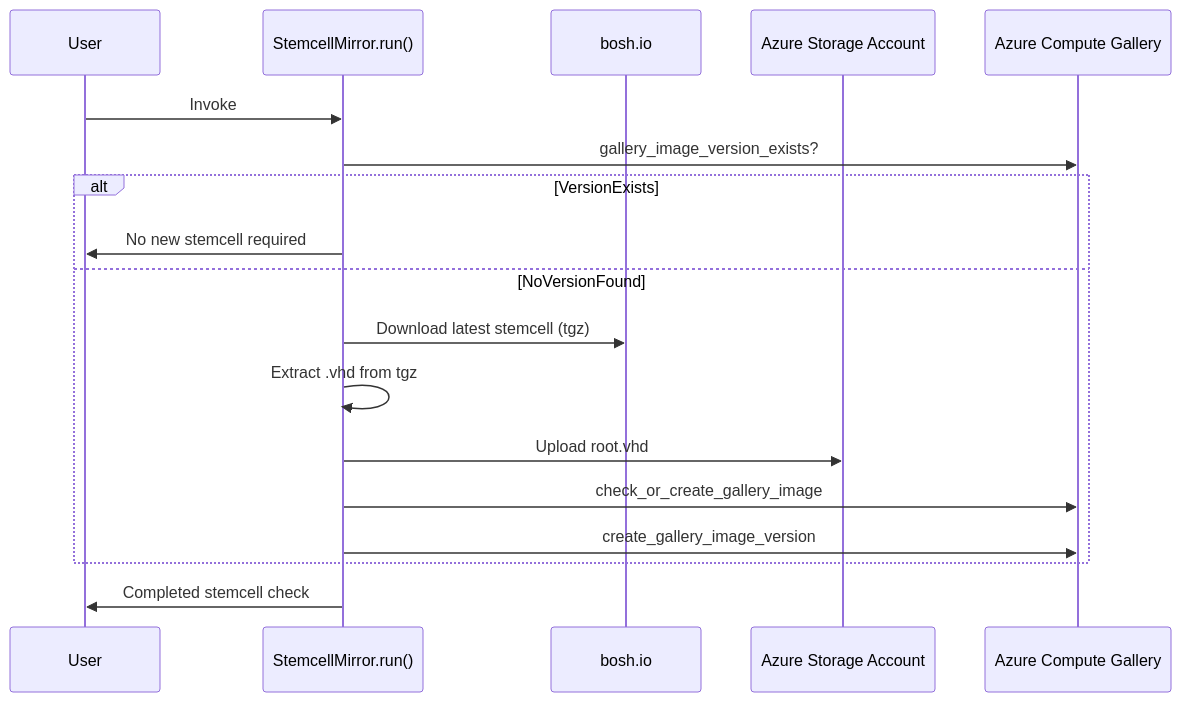
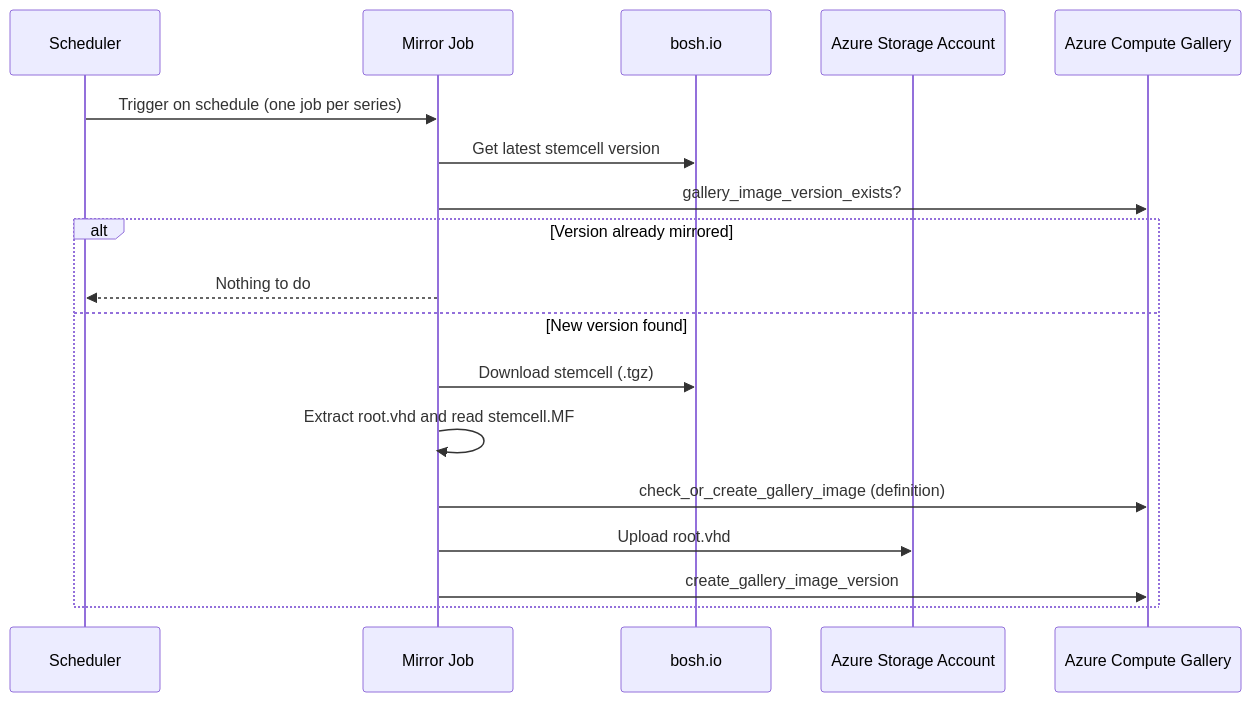
The diagram in README.md (s4heid/bosh-azure-stemcell-mirror), drawn with Mermaid before and after one commit. The commit also changed other lines of this file and 24 other files, not shown here.

````diff
--- a/README.md
+++ b/README.md
@@ -12,21 +12,21 @@
 ```mermaid
 sequenceDiagram
-    participant User
-    participant StemcellMirror as StemcellMirror.run()
+    participant Scheduler
+    participant Mirror as Mirror Job
     participant BoshIO as bosh.io
     participant Storage as Azure Storage Account
     participant Gallery as Azure Compute Gallery
 
-    User->>StemcellMirror: Invoke
-    StemcellMirror->>Gallery: gallery_image_version_exists?
-    alt VersionExists
-        StemcellMirror->>User: No new stemcell required
-    else NoVersionFound
-        StemcellMirror->>BoshIO: Download latest stemcell (tgz)
-        StemcellMirror->>StemcellMirror: Extract .vhd from tgz
-        StemcellMirror->>Storage: Upload root.vhd
-        StemcellMirror->>Gallery: check_or_create_gallery_image
-        StemcellMirror->>Gallery: create_gallery_image_version
+    Scheduler->>Mirror: Trigger on schedule (one job per series)
+    Mirror->>BoshIO: Get latest stemcell version
+    Mirror->>Gallery: gallery_image_version_exists?
+    alt Version already mirrored
+        Mirror-->>Scheduler: Nothing to do
+    else New version found
+        Mirror->>BoshIO: Download stemcell (.tgz)
+        Mirror->>Mirror: Extract root.vhd and read stemcell.MF
+        Mirror->>Gallery: check_or_create_gallery_image (definition)
+        Mirror->>Storage: Upload root.vhd
+        Mirror->>Gallery: create_gallery_image_version
     end
-    StemcellMirror->>User: Completed stemcell check
 ```
````
